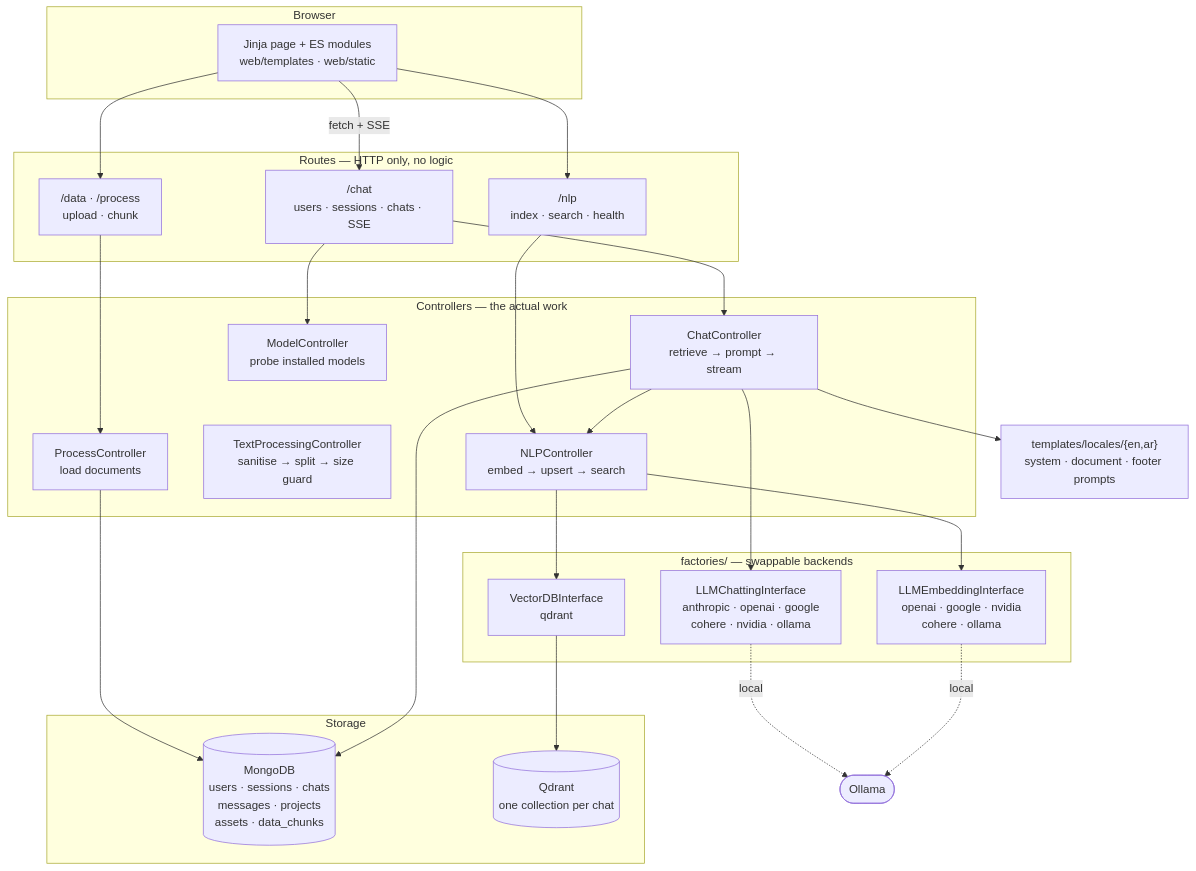
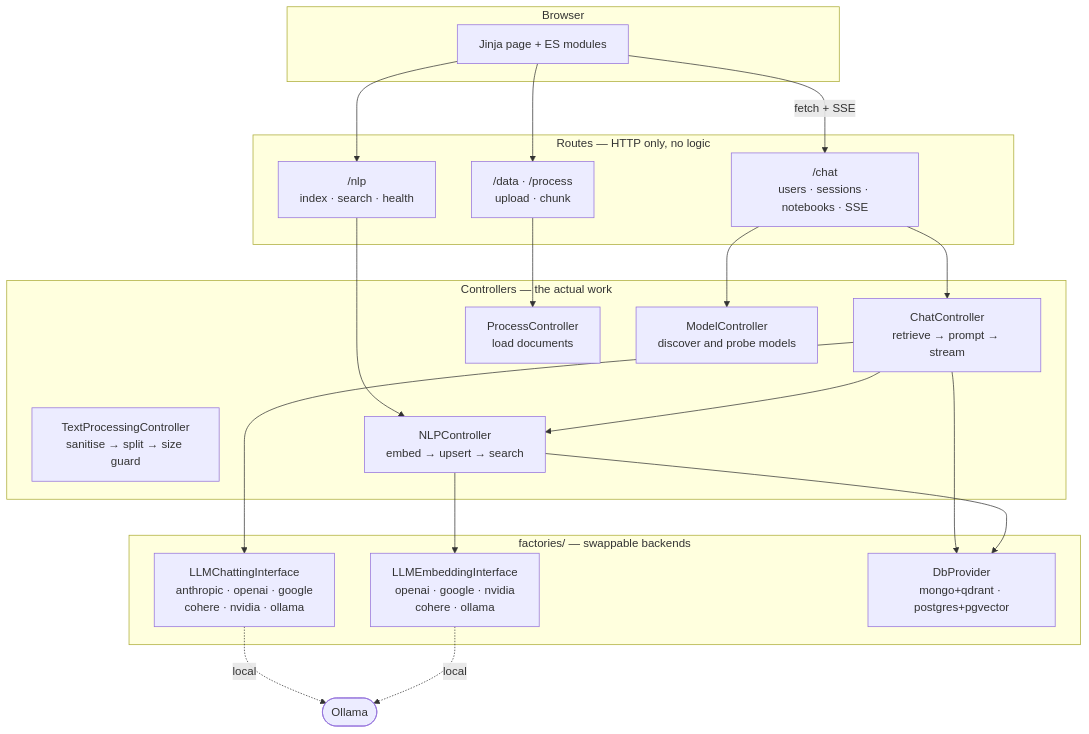
One commit to omarTBakr/notebookllm-minus changed the first of 2 diagrams in README.md. Above: the diagram before and after it, drawn with Mermaid. The commit also changed other lines of this file, not shown here.

````diff
--- a/README.md
+++ b/README.md
@@ -170,51 +117,41 @@
 ```mermaid
 flowchart TB
     subgraph browser["Browser"]
-        UI["Jinja page + ES modules<br/>web/templates · web/static"]
+        UI["Jinja page + ES modules"]
     end
 
     subgraph routes["Routes — HTTP only, no logic"]
-        R1["/chat<br/>users · sessions · chats · SSE"]
+        R1["/chat<br/>users · sessions · notebooks · SSE"]
         R2["/data · /process<br/>upload · chunk"]
         R3["/nlp<br/>index · search · health"]
     end
 
     subgraph controllers["Controllers — the actual work"]
         C1["ChatController<br/>retrieve → prompt → stream"]
         C2["ProcessController<br/>load documents"]
         C5["TextProcessingController<br/>sanitise → split → size guard"]
         C3["NLPController<br/>embed → upsert → search"]
-        C4["ModelController<br/>probe installed models"]
+        C4["ModelController<br/>discover and probe models"]
     end
 
     subgraph providers["factories/ — swappable backends"]
         P1["LLMChattingInterface<br/>anthropic · openai · google<br/>cohere · nvidia · ollama"]
         P2["LLMEmbeddingInterface<br/>openai · google · nvidia<br/>cohere · ollama"]
-        P3["VectorDBInterface<br/>qdrant"]
+        P3["DbProvider<br/>mongo+qdrant · postgres+pgvector"]
     end
-
-    subgraph stores["Storage"]
-        M[("MongoDB<br/>users · sessions · chats<br/>messages · projects<br/>assets · data_chunks")]
-        Q[("Qdrant<br/>one collection per chat")]
-    end
-
-    T["templates/locales/{en,ar}<br/>system · document · footer prompts"]
 
     UI -->|"fetch + SSE"| R1
     UI --> R2
     UI --> R3
     R1 --> C1
     R1 --> C4
     R2 --> C2
     R3 --> C3
-    C1 --> T
     C1 --> C3
     C1 --> P1
     C3 --> P2
+    C1 --> P3
     C3 --> P3
-    C2 --> M
-    C1 --> M
-    P3 --> Q
     P1 -.->|"local"| O(["Ollama"])
     P2 -.->|"local"| O
 ```
````
